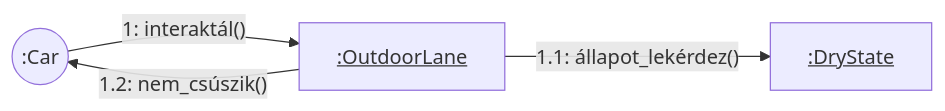
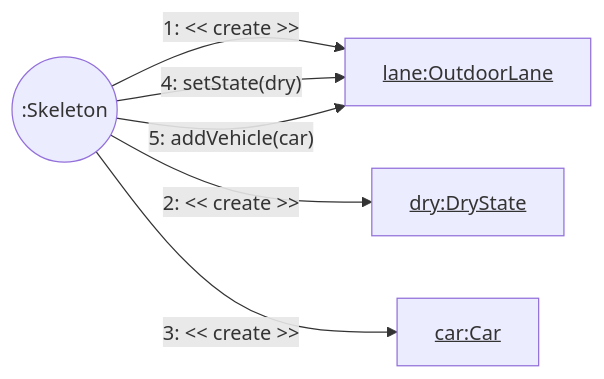
Before and after one commit to toth-andor/UneNotteANapoli: the diagram in docs/05/kommunikacios_diagrammok/11-autó_interakció_száraz_úton.md, drawn with Mermaid.

````diff
--- a/docs/05/kommunikacios_diagrammok/11-autó_interakció_száraz_úton.md
+++ b/docs/05/kommunikacios_diagrammok/11-autó_interakció_száraz_úton.md
@@ -1,10 +1,14 @@
 ```mermaid
 graph LR
-    V((:Car))
-    OL[<u>:OutdoorLane</u>]
-    DS[<u>:DryState</u>]
+    SK((:Skeleton))
+    OL[<u>lane:OutdoorLane</u>]
+    DS[<u>dry:DryState</u>]
+    C[<u>car:Car</u>]
 
-    V -- "1: interaktál()" --> OL
-    OL -- "1.1: állapot_lekérdez()" --> DS
-    OL -- "1.2: nem_csúszik()" --> V
+    SK -- "1: << create >>" --> OL
+    SK -- "2: << create >>" --> DS
+    SK -- "3: << create >>" --> C
+
+    SK -- "4: setState(dry)" --> OL
+    SK -- "5: addVehicle(car)" --> OL
 ```
````
